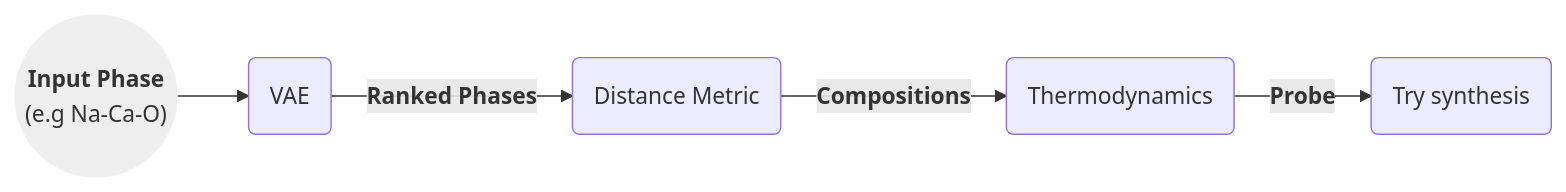
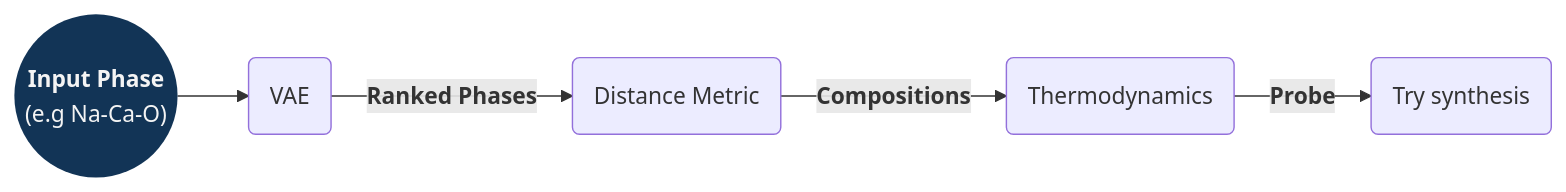
The diagram in src/DL_aided_exploration_inorg_solids.md (santi-mir/posts), drawn with Mermaid before and after one commit. The commit also changed other lines of this file and 16 other files, not shown here.

````diff
--- a/src/DL_aided_exploration_inorg_solids.md
+++ b/src/DL_aided_exploration_inorg_solids.md
@@ -67,15 +64,15 @@
 ```mermaid
 ---
 config:
   flowchart:
     htmlLabels: true
 ---
 flowchart LR
 A(("`**Input Phase**
 (e.g Na-Ca-O)`")) --> B(VAE)
 B -- "`**Ranked Phases**`" --> D(Distance Metric)
 D -- "`**Compositions**`" --> F(Thermodynamics)
 F -- "`**Probe**`" --> H(Try synthesis)
 
-style A fill:#eee,stroke:#333,stroke-width:0px
+style A fill:#123456,color:#f4f4f4,stroke-width:0px
 ```
````
